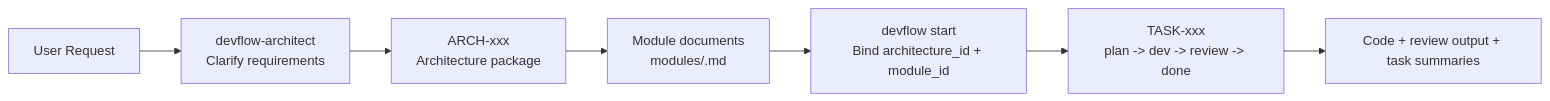
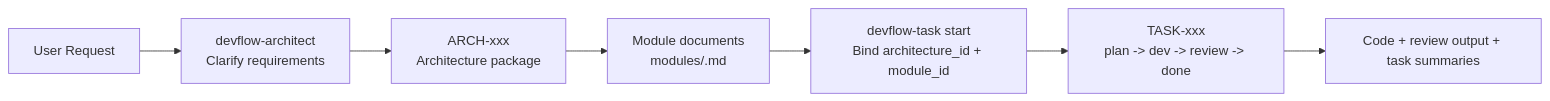
One commit to cryptowizard0/DevFlow changed the first of 3 diagrams in README.md. Above: the diagram before and after it, drawn with Mermaid. The commit also changed other lines of this file and 2 other files, not shown here.

````diff
--- a/README.md
+++ b/README.md
@@ -16,9 +16,9 @@
 ```mermaid
 flowchart LR
     U["User Request"] --> A["devflow-architect<br/>Clarify requirements"]
     A --> B["ARCH-xxx<br/>Architecture package"]
     B --> C["Module documents<br/>modules/<module-id>.md"]
-    C --> D["devflow start<br/>Bind architecture_id + module_id"]
+    C --> D["devflow-task start<br/>Bind architecture_id + module_id"]
     D --> E["TASK-xxx<br/>plan -> dev -> review -> done"]
     E --> F["Code + review output + task summaries"]
 ```
````
